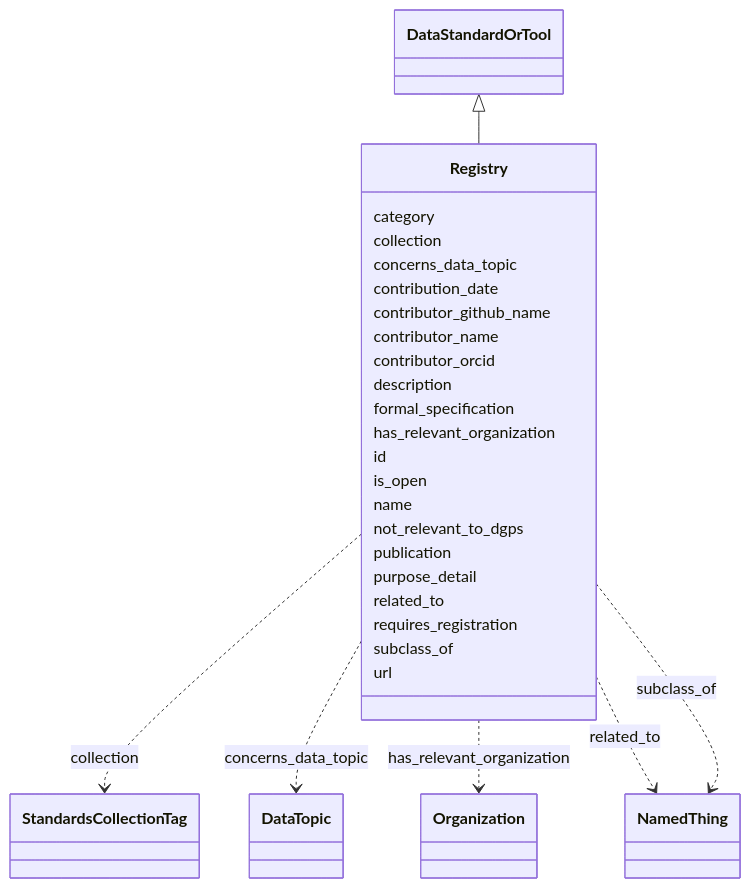
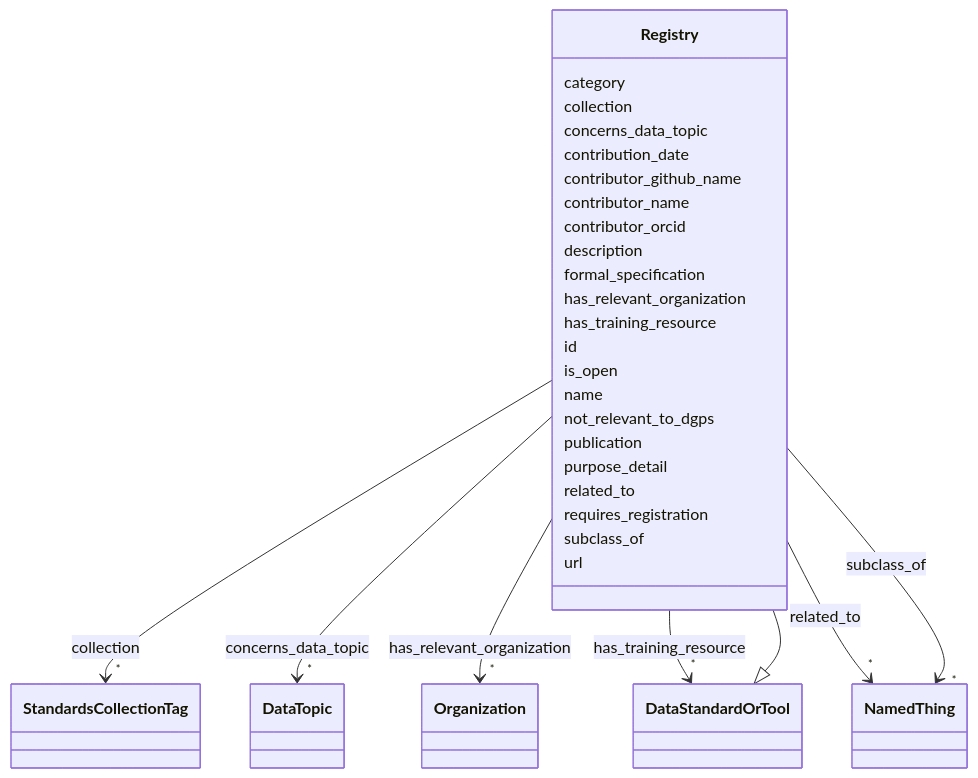
One commit to bridge2ai/standards-schemas changed the diagram in docs/Registry.md. Above: the diagram before and after it, drawn with Mermaid. The commit also changed other lines of this file and 212 other files, not shown here.

````diff
--- a/docs/Registry.md
+++ b/docs/Registry.md
@@ -11,17 +19,29 @@
 ```mermaid
  classDiagram
     class Registry
+    click Registry href "../Registry"
       DataStandardOrTool <|-- Registry
+        click DataStandardOrTool href "../DataStandardOrTool"
       
       Registry : category
         
       Registry : collection
         
-          Registry ..> StandardsCollectionTag : collection
+          
+    
+    
+    Registry --> "*" StandardsCollectionTag : collection
+    click StandardsCollectionTag href "../StandardsCollectionTag"
+
         
       Registry : concerns_data_topic
         
-          Registry ..> DataTopic : concerns_data_topic
+          
+    
+    
+    Registry --> "*" DataTopic : concerns_data_topic
+    click DataTopic href "../DataTopic"
+
         
       Registry : contribution_date
         
@@ -37,7 +57,21 @@
         
       Registry : has_relevant_organization
         
-          Registry ..> Organization : has_relevant_organization
+          
+    
+    
+    Registry --> "*" Organization : has_relevant_organization
+    click Organization href "../Organization"
+
+        
+      Registry : has_training_resource
+        
+          
+    
+    
+    Registry --> "*" DataStandardOrTool : has_training_resource
+    click DataStandardOrTool href "../DataStandardOrTool"
+
         
       Registry : id
         
@@ -53,13 +87,23 @@
         
       Registry : related_to
         
-          Registry ..> NamedThing : related_to
+          
+    
+    
+    Registry --> "*" NamedThing : related_to
+    click NamedThing href "../NamedThing"
+
         
       Registry : requires_registration
         
       Registry : subclass_of
         
-          Registry ..> NamedThing : subclass_of
+          
+    
+    
+    Registry --> "*" NamedThing : subclass_of
+    click NamedThing href "../NamedThing"
+
         
       Registry : url
         
````
